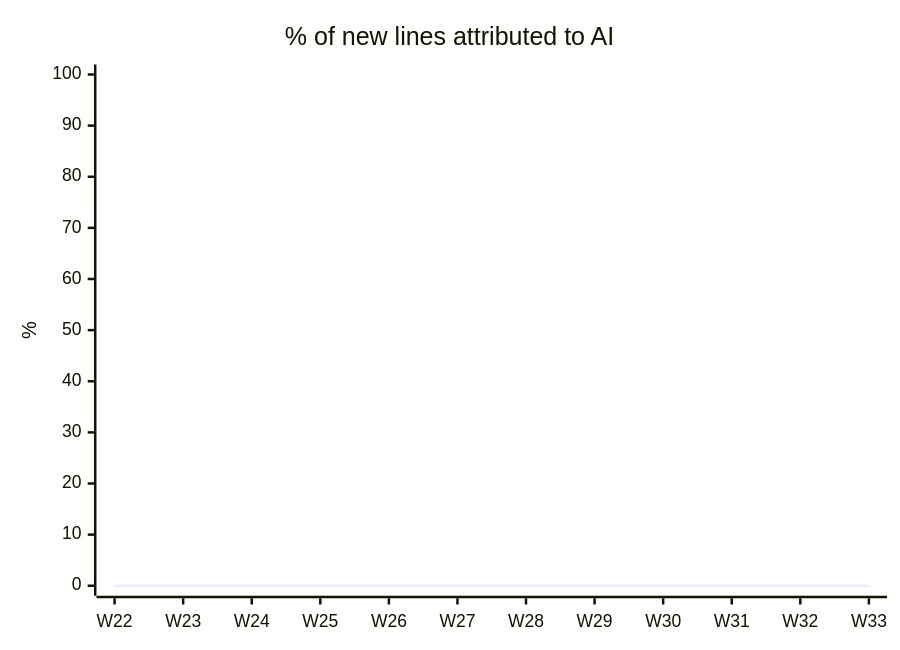
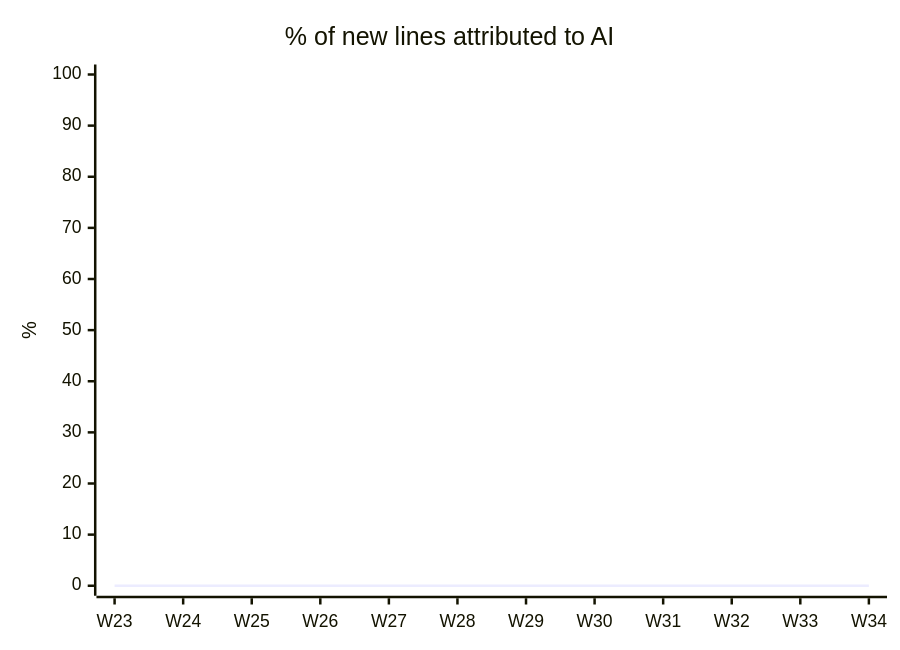
Before and after one commit to fromwaydowntown/ai-use: the diagram in docs/AI_USAGE.md, drawn with Mermaid. The commit also changed other lines of this file, not shown here.

````diff
--- a/docs/AI_USAGE.md
+++ b/docs/AI_USAGE.md
@@ -17,7 +17,7 @@
 ```mermaid
 xychart-beta
     title "% of new lines attributed to AI"
-    x-axis ["W22", "W23", "W24", "W25", "W26", "W27", "W28", "W29", "W30", "W31", "W32", "W33"]
+    x-axis ["W23", "W24", "W25", "W26", "W27", "W28", "W29", "W30", "W31", "W32", "W33", "W34"]
     y-axis "%" 0 --> 100
     line [0, 0, 0, 0, 0, 0, 0, 0, 0, 0, 0, 0]
 ```
````
